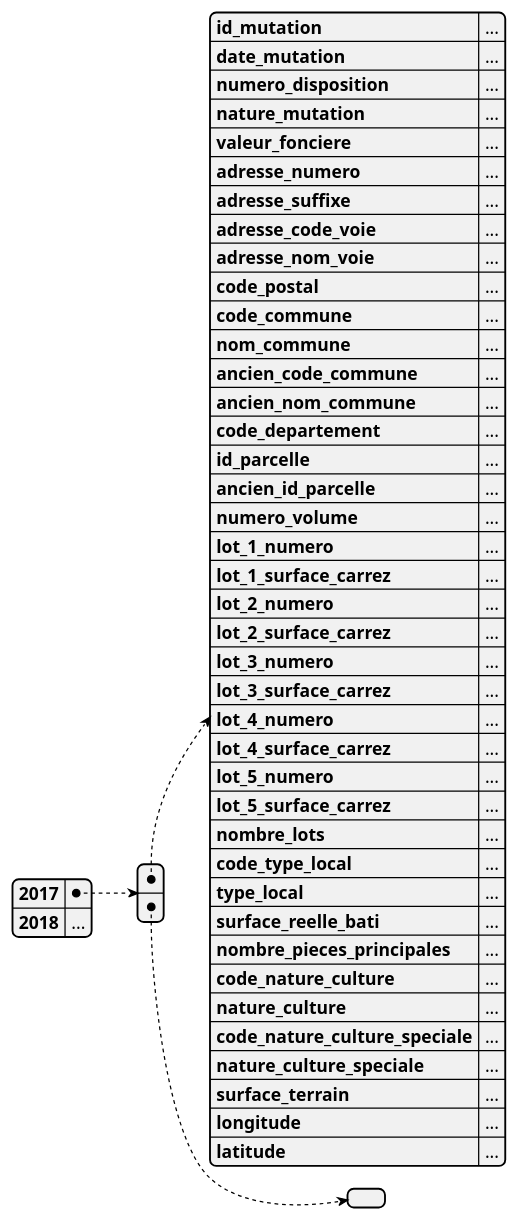
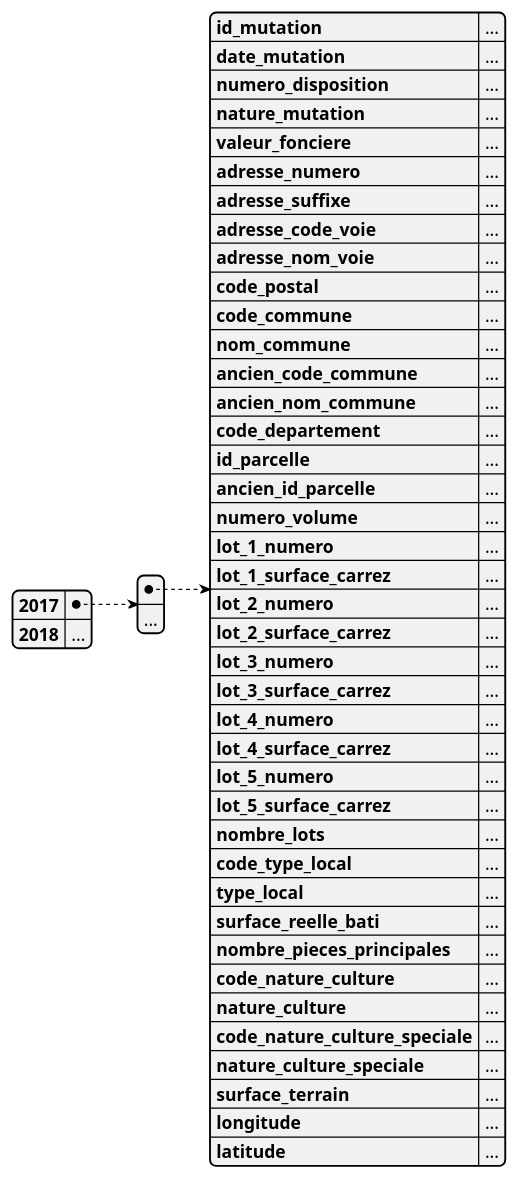
The diagram in TD3/docs/1.a.puml (manuvai/M1IM_ProgStruct2), drawn with PlantUML before and after one commit.

Commit message:
MAJ du rendu des données

```diff
--- a/TD3/docs/1.a.puml
+++ b/TD3/docs/1.a.puml
@@ -1,50 +1,50 @@
 @startjson Structure de données
 {
     "2017": [
         {
             "id_mutation": "...",
             "date_mutation": "...",
             "numero_disposition": "...",
             "nature_mutation": "...",
             "valeur_fonciere": "...",
             "adresse_numero": "...",
             "adresse_suffixe": "...",
             "adresse_code_voie": "...",
             "adresse_nom_voie": "...",
             "code_postal": "...",
             "code_commune": "...",
             "nom_commune": "...",
             "ancien_code_commune": "...",
             "ancien_nom_commune": "...",
             "code_departement": "...",
             "id_parcelle": "...",
             "ancien_id_parcelle": "...",
             "numero_volume": "...",
             "lot_1_numero": "...",
             "lot_1_surface_carrez": "...",
             "lot_2_numero": "...",
             "lot_2_surface_carrez": "...",
             "lot_3_numero": "...",
             "lot_3_surface_carrez": "...",
             "lot_4_numero": "...",
             "lot_4_surface_carrez": "...",
             "lot_5_numero": "...",
             "lot_5_surface_carrez": "...",
             "nombre_lots": "...",
             "code_type_local": "...",
             "type_local": "...",
             "surface_reelle_bati": "...",
             "nombre_pieces_principales": "...",
             "code_nature_culture": "...",
             "nature_culture": "...",
             "code_nature_culture_speciale": "...",
             "nature_culture_speciale": "...",
             "surface_terrain": "...",
             "longitude": "...",
             "latitude": "..."
         },
-        {}
+        "..."
     ],
     "2018": "..."
 }
 @endjson
```
